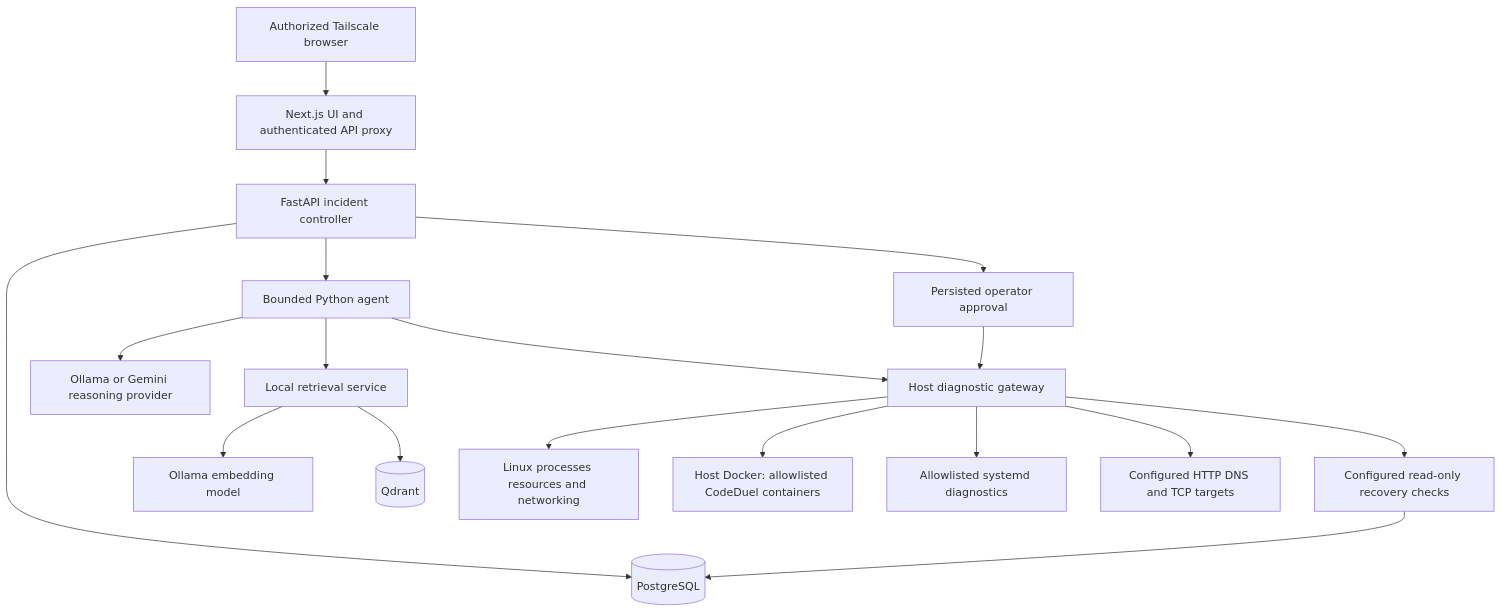
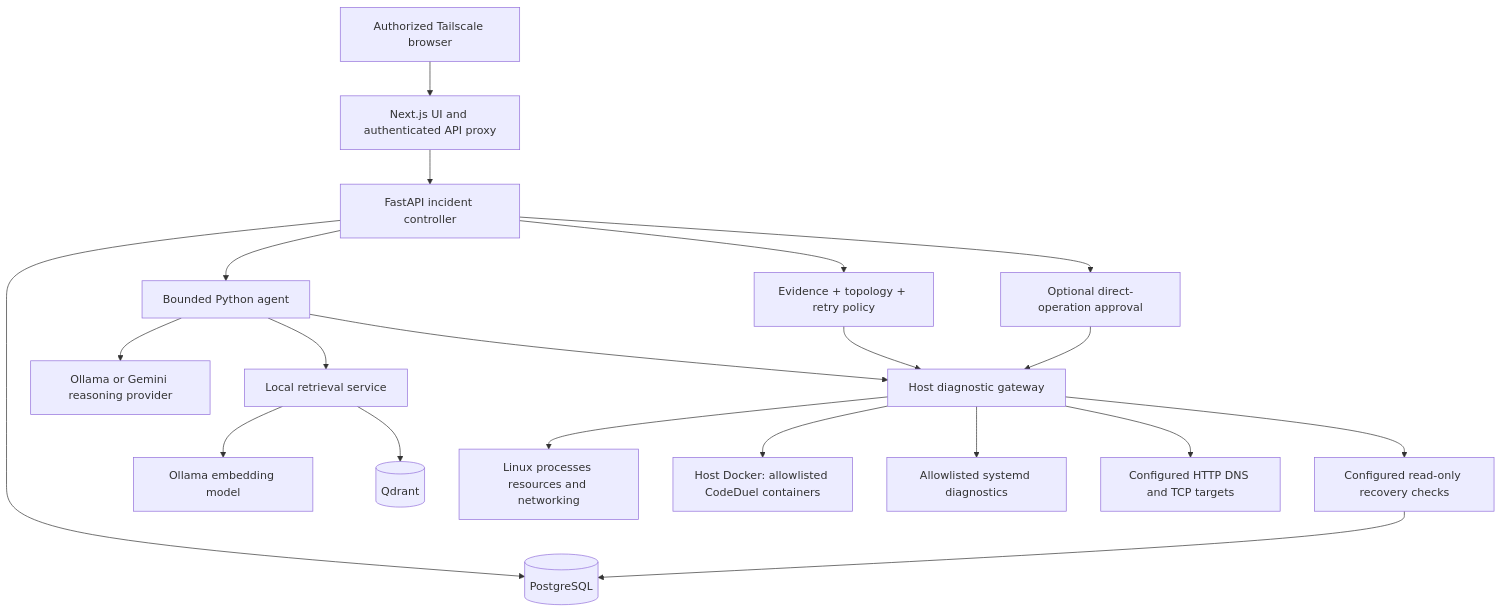
One commit to Parthmudgal15105/HomeAiAgent changed the diagram in ARCHITECTURE.md. Above: the diagram before and after it, drawn with Mermaid. The commit also changed other lines of this file and 38 other files, not shown here.

````diff
--- a/ARCHITECTURE.md
+++ b/ARCHITECTURE.md
@@ -9,20 +9,22 @@
 ```mermaid
 flowchart TD
     Browser[Authorized Tailscale browser] --> Web[Next.js UI and authenticated API proxy]
     Web --> API[FastAPI incident controller]
     API --> PG[(PostgreSQL)]
     API --> Agent[Bounded Python agent]
     Agent --> LLM[Ollama or Gemini reasoning provider]
     Agent --> RAG[Local retrieval service]
     RAG --> Embed[Ollama embedding model]
     RAG --> Qdrant[(Qdrant)]
     Agent --> Gateway[Host diagnostic gateway]
     Gateway --> Linux[Linux processes resources and networking]
     Gateway --> Docker[Host Docker: allowlisted CodeDuel containers]
     Gateway --> Systemd[Allowlisted systemd diagnostics]
     Gateway --> Targets[Configured HTTP DNS and TCP targets]
-    API --> Approval[Persisted operator approval]
+    API --> Policy[Evidence + topology + retry policy]
+    Policy --> Gateway
+    API --> Approval[Optional direct-operation approval]
     Approval --> Gateway
     Gateway --> Verify[Configured read-only recovery checks]
     Verify --> PG
 ```
````
